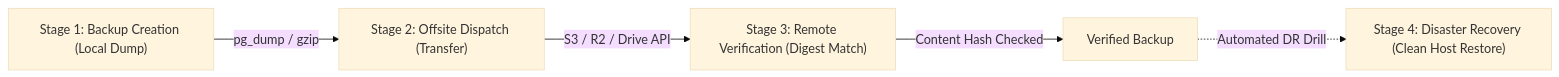
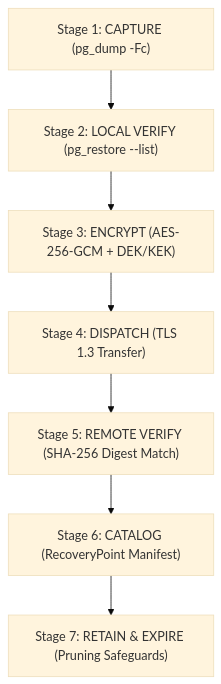
The diagram in docs/remediation/phase-0/09_BACKUP_RECOVERY_CONTRACT.md (tmk-computers/vps-infra), drawn with Mermaid (base theme) before and after one commit. The commit also changed other lines of this file and 47 other files, not shown here.

````diff
--- a/docs/remediation/phase-0/09_BACKUP_RECOVERY_CONTRACT.md
+++ b/docs/remediation/phase-0/09_BACKUP_RECOVERY_CONTRACT.md
@@ -28,12 +31,12 @@
 ```mermaid
-graph LR
-    S1["Stage 1: Backup Creation (Local Dump)"]
-    S2["Stage 2: Offsite Dispatch (Transfer)"]
-    S3["Stage 3: Remote Verification (Digest Match)"]
-    S4["Stage 4: Disaster Recovery (Clean Host Restore)"]
+graph TD
+    S1["Stage 1: CAPTURE (pg_dump -Fc)"]
+    S2["Stage 2: LOCAL VERIFY (pg_restore --list)"]
+    S3["Stage 3: ENCRYPT (AES-256-GCM + DEK/KEK)"]
+    S4["Stage 4: DISPATCH (TLS 1.3 Transfer)"]
+    S5["Stage 5: REMOTE VERIFY (SHA-256 Digest Match)"]
+    S6["Stage 6: CATALOG (RecoveryPoint Manifest)"]
+    S7["Stage 7: RETAIN & EXPIRE (Pruning Safeguards)"]
 
-    S1 -- "pg_dump / gzip" --> S2
-    S2 -- "S3 / R2 / Drive API" --> S3
-    S3 -- "Content Hash Checked" --> Success["Verified Backup"]
-    Success -. "Automated DR Drill" .-> S4
+    S1 --> S2 --> S3 --> S4 --> S5 --> S6 --> S7
 ```
````
